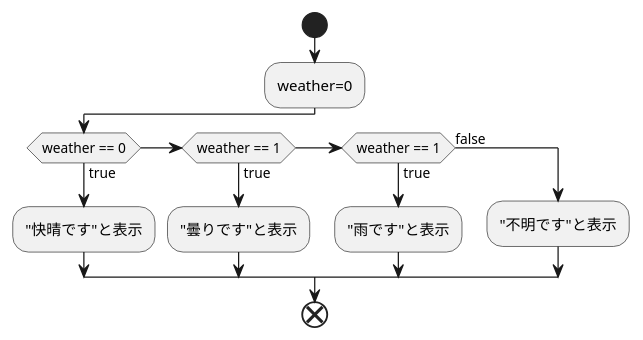
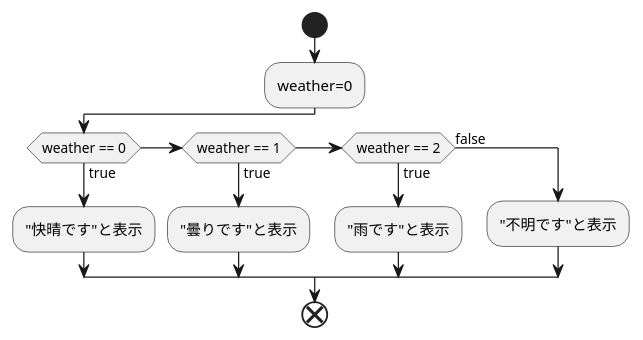
One commit to Aso2001018/2021sys_design changed the diagram in kadai4_4.md. Above: the diagram before and after it, drawn with PlantUML.

````diff
--- a/kadai4_4.md
+++ b/kadai4_4.md
@@ -1,16 +1,16 @@
 ```uml
 @startuml
 start
 :weather=0;
 if (weather == 0) then (true)
 :"快晴です"と表示;
 elseif (weather == 1) then (true)
 :"曇りです"と表示;
-elseif (weather == 1) then (true)
+elseif (weather == 2) then (true)
 :"雨です"と表示;
 else (false)
 :"不明です"と表示;
 endif
 end
 @enduml
 ```
````
